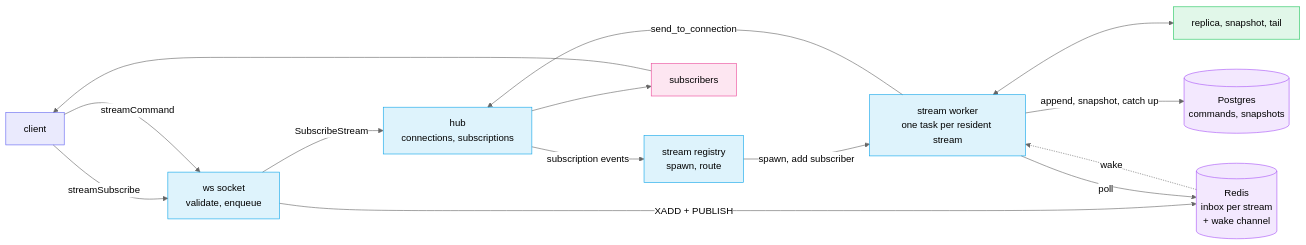
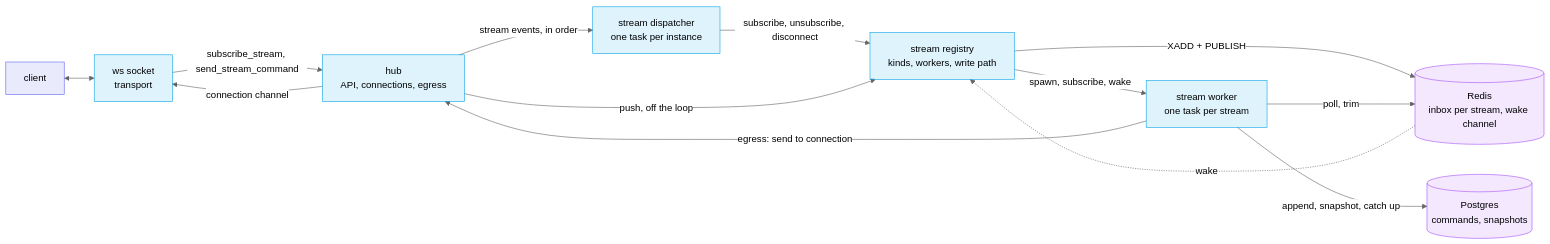
One commit to gzp79/shine-services changed the first of 7 diagrams in docs/services/builder/hub.md. Above: the diagram before and after it, drawn with Mermaid (neutral theme). The commit also changed other lines of this file, not shown here.

````diff
--- a/docs/services/builder/hub.md
+++ b/docs/services/builder/hub.md
@@ -15,32 +15,28 @@
 ```mermaid
 flowchart LR
     classDef indigo fill:#6366f122,stroke:#6366f1
     classDef blue fill:#0ea5e922,stroke:#0ea5e9
-    classDef green fill:#22c55e22,stroke:#22c55e
     classDef violet fill:#a855f722,stroke:#a855f7
-    classDef pink fill:#ec489922,stroke:#ec4899
 
     Client["client"]:::indigo
-    WS["ws socket<br/>validate, enqueue"]:::blue
-    Inbox[("Redis<br/>inbox per stream<br/>+ wake channel")]:::violet
-    Hub["hub<br/>connections, subscriptions"]:::blue
-    Reg["stream registry<br/>spawn, route"]:::blue
-    Worker["stream worker<br/>one task per resident stream"]:::blue
-    Mem["replica, snapshot, tail"]:::green
+    Socket["ws socket<br/>transport"]:::blue
+    Hub["hub<br/>API, connections, egress"]:::blue
+    Disp["stream dispatcher<br/>one task per instance"]:::blue
+    Reg["stream registry<br/>kinds, workers, write path"]:::blue
+    Worker["stream worker<br/>one task per stream"]:::blue
+    Inbox[("Redis<br/>inbox per stream, wake channel")]:::violet
     PG[("Postgres<br/>commands, snapshots")]:::violet
-    Out["subscribers"]:::pink
 
-    Client -- "streamSubscribe" --> WS
-    WS -- "SubscribeStream" --> Hub
-    Hub -- "subscription events" --> Reg
-    Reg -- "spawn, add subscriber" --> Worker
-    Client -- "streamCommand" --> WS
-    WS -- "XADD + PUBLISH" --> Inbox
-    Inbox -. "wake" .-> Worker
-    Worker -- "poll" --> Inbox
-    Worker <--> Mem
+    Client <--> Socket
+    Socket -- "subscribe_stream, send_stream_command" --> Hub
+    Hub -- "stream events, in order" --> Disp
+    Disp -- "subscribe, unsubscribe, disconnect" --> Reg
+    Hub -- "push, off the loop" --> Reg
+    Reg -- "XADD + PUBLISH" --> Inbox
+    Inbox -. "wake" .-> Reg
+    Reg -- "spawn, subscribe, wake" --> Worker
+    Worker -- "poll, trim" --> Inbox
     Worker -- "append, snapshot, catch up" --> PG
-    Worker -- "send_to_connection" --> Hub
-    Hub --> Out
-    Out --> Client
+    Worker -- "egress: send to connection" --> Hub
+    Hub -- "connection channel" --> Socket
 ```
````
